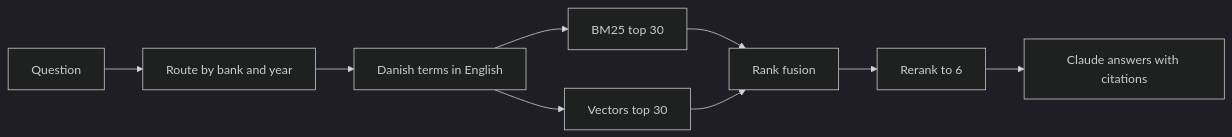
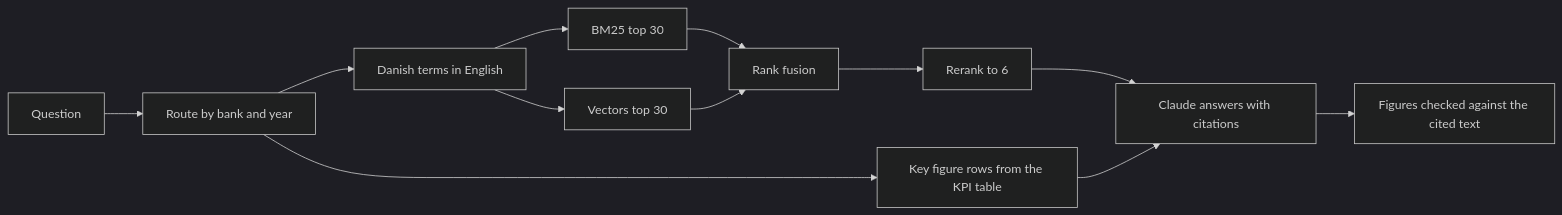
One commit to AndersHenriksen-dev/nordic-bank-report-rag changed the second of 2 diagrams in README.md. Above: the diagram before and after it, drawn with Mermaid (dark theme). The commit also changed other lines of this file and 21 other files, not shown here.

First line of the commit message:
feat(kpi): Send checked key figure rows to Claude (#16)

````diff
--- a/README.md
+++ b/README.md
@@ -48,11 +48,14 @@
 ```mermaid
 flowchart LR
     Q[Question] --> RT[Route by bank and year]
     RT --> GL[Danish terms in English]
     GL --> S1[BM25 top 30]
     GL --> S2[Vectors top 30]
     S1 --> RRF[Rank fusion]
     S2 --> RRF
     RRF --> RR[Rerank to 6]
+    RT --> KF[Key figure rows from the KPI table]
     RR --> CL[Claude answers with citations]
+    KF --> CL
+    CL --> CK[Figures checked against the cited text]
 ```
````
